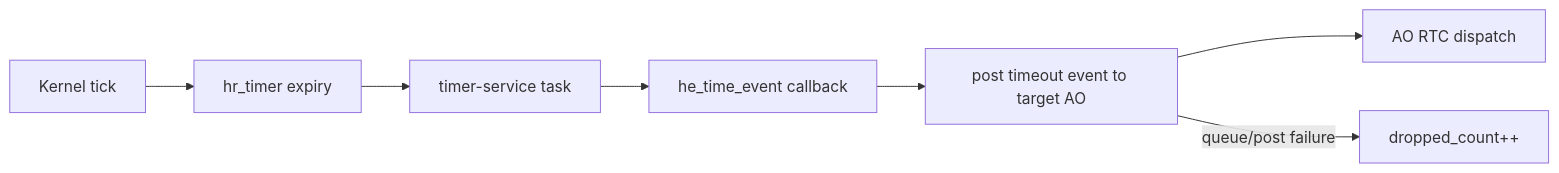
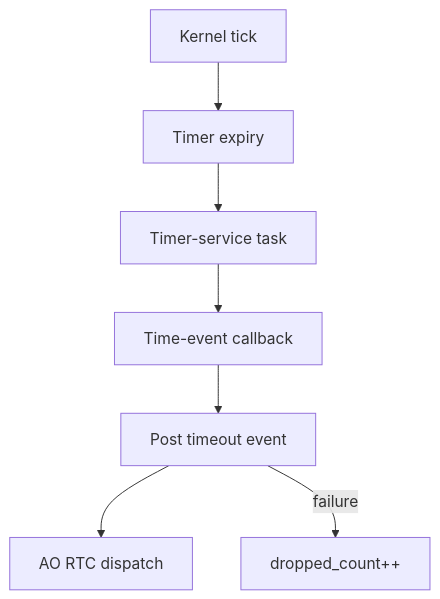
The diagram in docs/03-haievent/time-event.md (haikevins/hairtos), drawn with Mermaid before and after one commit. The commit also changed other lines of this file and 82 other files, not shown here.

````diff
--- a/docs/03-haievent/time-event.md
+++ b/docs/03-haievent/time-event.md
@@ -45,9 +44,9 @@
 ```mermaid
-flowchart LR
-    TICK["Kernel tick"] --> KT["hr_timer expiry"]
-    KT --> TS["timer-service task"]
-    TS --> TE["he_time_event callback"]
-    TE --> POST["post timeout event to target AO"]
+flowchart TB
+    TICK["Kernel tick"] --> KT["Timer expiry"]
+    KT --> TS["Timer-service task"]
+    TS --> TE["Time-event callback"]
+    TE --> POST["Post timeout event"]
     POST --> AO["AO RTC dispatch"]
-    POST -->|"queue/post failure"| DROP["dropped_count++"]
+    POST -->|"failure"| DROP["dropped_count++"]
 ```
````
